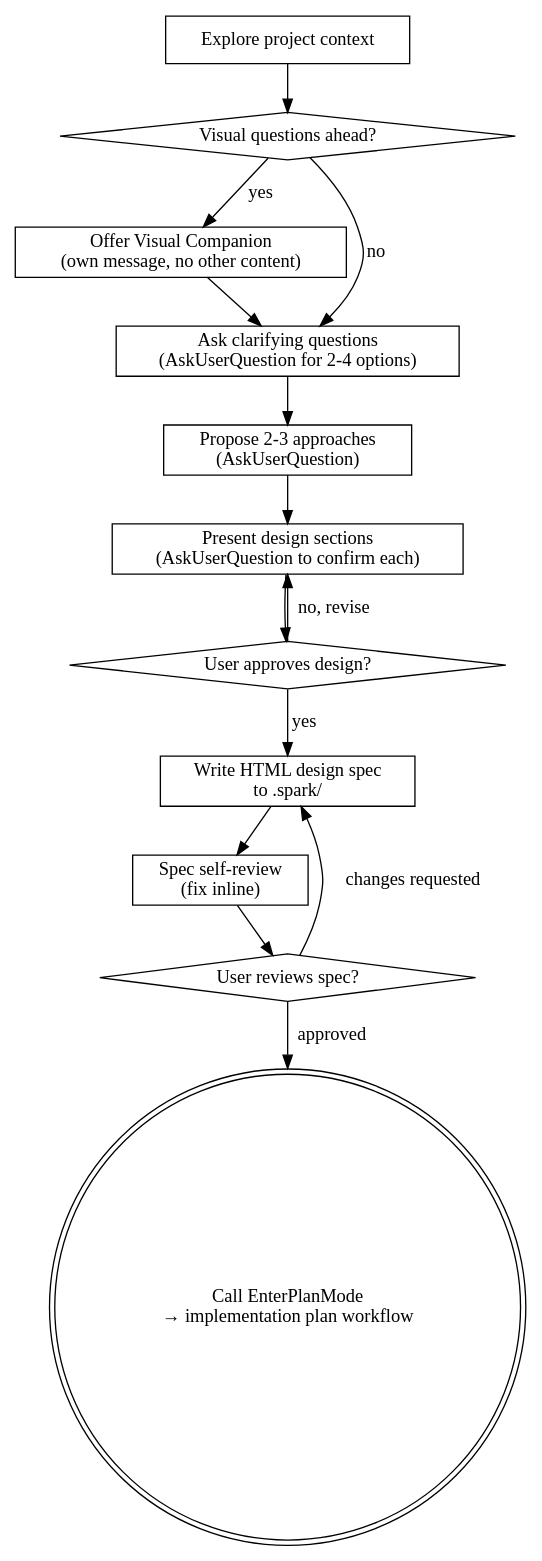
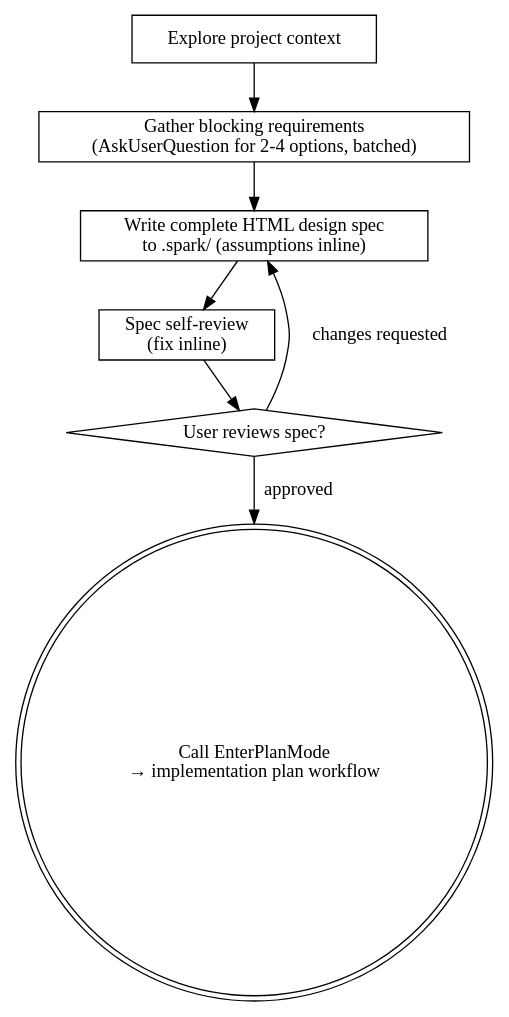
One commit to bahayonghang/my-ai-cli-toolkit changed the diagram in skills/development-workflows/spark/SKILL.md. Above: the diagram before and after it, drawn with Graphviz. The commit also changed other lines of this file and 6 other files, not shown here.

````diff
--- a/skills/development-workflows/spark/SKILL.md
+++ b/skills/development-workflows/spark/SKILL.md
@@ -46,29 +43,17 @@
 ```dot
 digraph brainstorming {
     "Explore project context" [shape=box];
-    "Visual questions ahead?" [shape=diamond];
-    "Offer Visual Companion\n(own message, no other content)" [shape=box];
-    "Ask clarifying questions\n(AskUserQuestion for 2-4 options)" [shape=box];
-    "Propose 2-3 approaches\n(AskUserQuestion)" [shape=box];
-    "Present design sections\n(AskUserQuestion to confirm each)" [shape=box];
-    "User approves design?" [shape=diamond];
-    "Write HTML design spec\nto .spark/" [shape=box];
+    "Gather blocking requirements\n(AskUserQuestion for 2-4 options, batched)" [shape=box];
+    "Write complete HTML design spec\nto .spark/ (assumptions inline)" [shape=box];
     "Spec self-review\n(fix inline)" [shape=box];
     "User reviews spec?" [shape=diamond];
     "Call EnterPlanMode\n→ implementation plan workflow" [shape=doublecircle];
 
-    "Explore project context" -> "Visual questions ahead?";
-    "Visual questions ahead?" -> "Offer Visual Companion\n(own message, no other content)" [label="yes"];
-    "Visual questions ahead?" -> "Ask clarifying questions\n(AskUserQuestion for 2-4 options)" [label="no"];
-    "Offer Visual Companion\n(own message, no other content)" -> "Ask clarifying questions\n(AskUserQuestion for 2-4 options)";
-    "Ask clarifying questions\n(AskUserQuestion for 2-4 options)" -> "Propose 2-3 approaches\n(AskUserQuestion)";
-    "Propose 2-3 approaches\n(AskUserQuestion)" -> "Present design sections\n(AskUserQuestion to confirm each)";
-    "Present design sections\n(AskUserQuestion to confirm each)" -> "User approves design?";
-    "User approves design?" -> "Present design sections\n(AskUserQuestion to confirm each)" [label="no, revise"];
-    "User approves design?" -> "Write HTML design spec\nto .spark/" [label="yes"];
-    "Write HTML design spec\nto .spark/" -> "Spec self-review\n(fix inline)";
+    "Explore project context" -> "Gather blocking requirements\n(AskUserQuestion for 2-4 options, batched)";
+    "Gather blocking requirements\n(AskUserQuestion for 2-4 options, batched)" -> "Write complete HTML design spec\nto .spark/ (assumptions inline)";
+    "Write complete HTML design spec\nto .spark/ (assumptions inline)" -> "Spec self-review\n(fix inline)";
     "Spec self-review\n(fix inline)" -> "User reviews spec?";
-    "User reviews spec?" -> "Write HTML design spec\nto .spark/" [label="changes requested"];
+    "User reviews spec?" -> "Write complete HTML design spec\nto .spark/ (assumptions inline)" [label="changes requested"];
     "User reviews spec?" -> "Call EnterPlanMode\n→ implementation plan workflow" [label="approved"];
 }
 ```
````
